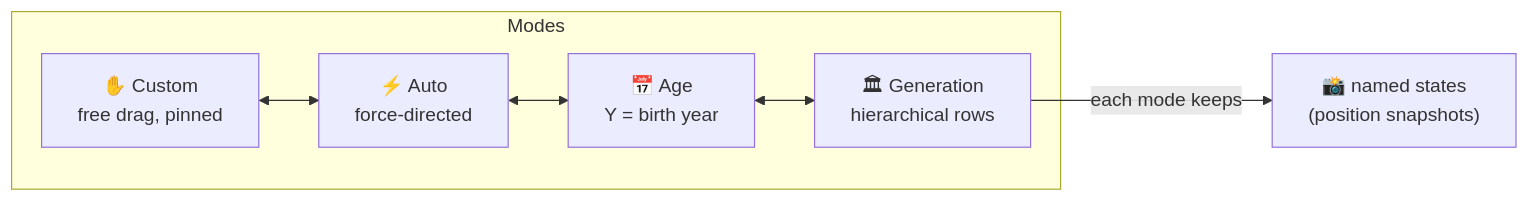
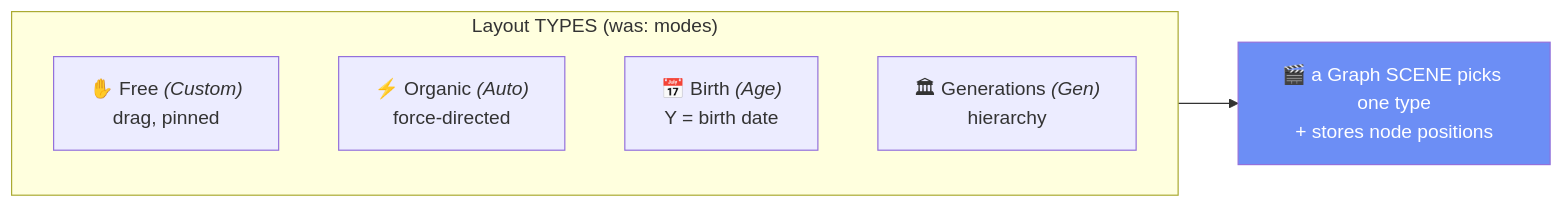
The fourth of 11 diagrams in docs/client-structure.md (TommyChan6/ModernFamilyTree), drawn with Mermaid before and after one commit. The commit also changed other lines of this file and 7 other files, not shown here.

````diff
--- a/docs/client-structure.md
+++ b/docs/client-structure.md
@@ -141,11 +133,11 @@
 ```mermaid
 flowchart LR
-    subgraph Modes
-        C["✋ Custom<br/>free drag, pinned"]
-        A["⚡ Auto<br/>force-directed"]
-        Ag["📅 Age<br/>Y = birth year"]
-        G["🏛 Generation<br/>hierarchical rows"]
+    subgraph Types["Layout TYPES (was: modes)"]
+        C["✋ Free <i>(Custom)</i><br/>drag, pinned"]
+        A["⚡ Organic <i>(Auto)</i><br/>force-directed"]
+        Ag["📅 Birth <i>(Age)</i><br/>Y = birth date"]
+        G["🏛 Generations <i>(Gen)</i><br/>hierarchy"]
     end
-    C <--> A <--> Ag <--> G
-    G -->|each mode keeps| States["📸 named states<br/>(position snapshots)"]
+    Types --> Scene["🎬 a Graph SCENE picks one type<br/>+ stores node positions"]
+    style Scene fill:#6c8ef5,color:#fff
 ```
````
